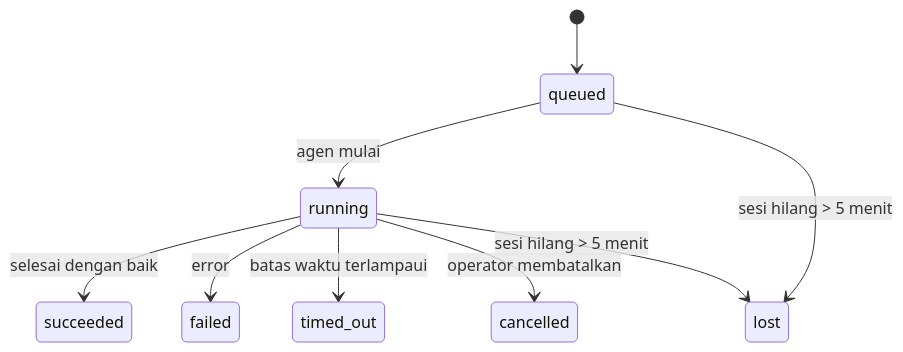
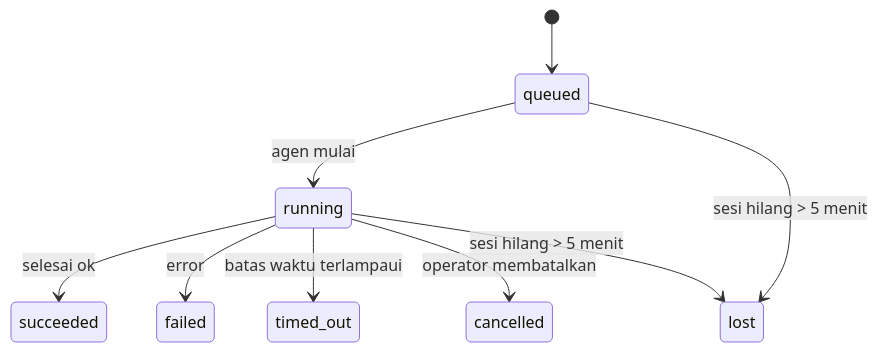
The diagram in docs/id/automation/tasks.md (daichangya/openclaw-docs), drawn with Mermaid before and after one commit. The commit also changed other lines of this file and 51 other files, not shown here.

````diff
--- a/docs/id/automation/tasks.md
+++ b/docs/id/automation/tasks.md
@@ -99,11 +99,11 @@
 ```mermaid
 stateDiagram-v2
     [*] --> queued
     queued --> running : agen mulai
-    running --> succeeded : selesai dengan baik
+    running --> succeeded : selesai ok
     running --> failed : error
     running --> timed_out : batas waktu terlampaui
     running --> cancelled : operator membatalkan
     queued --> lost : sesi hilang > 5 menit
     running --> lost : sesi hilang > 5 menit
 ```
````
